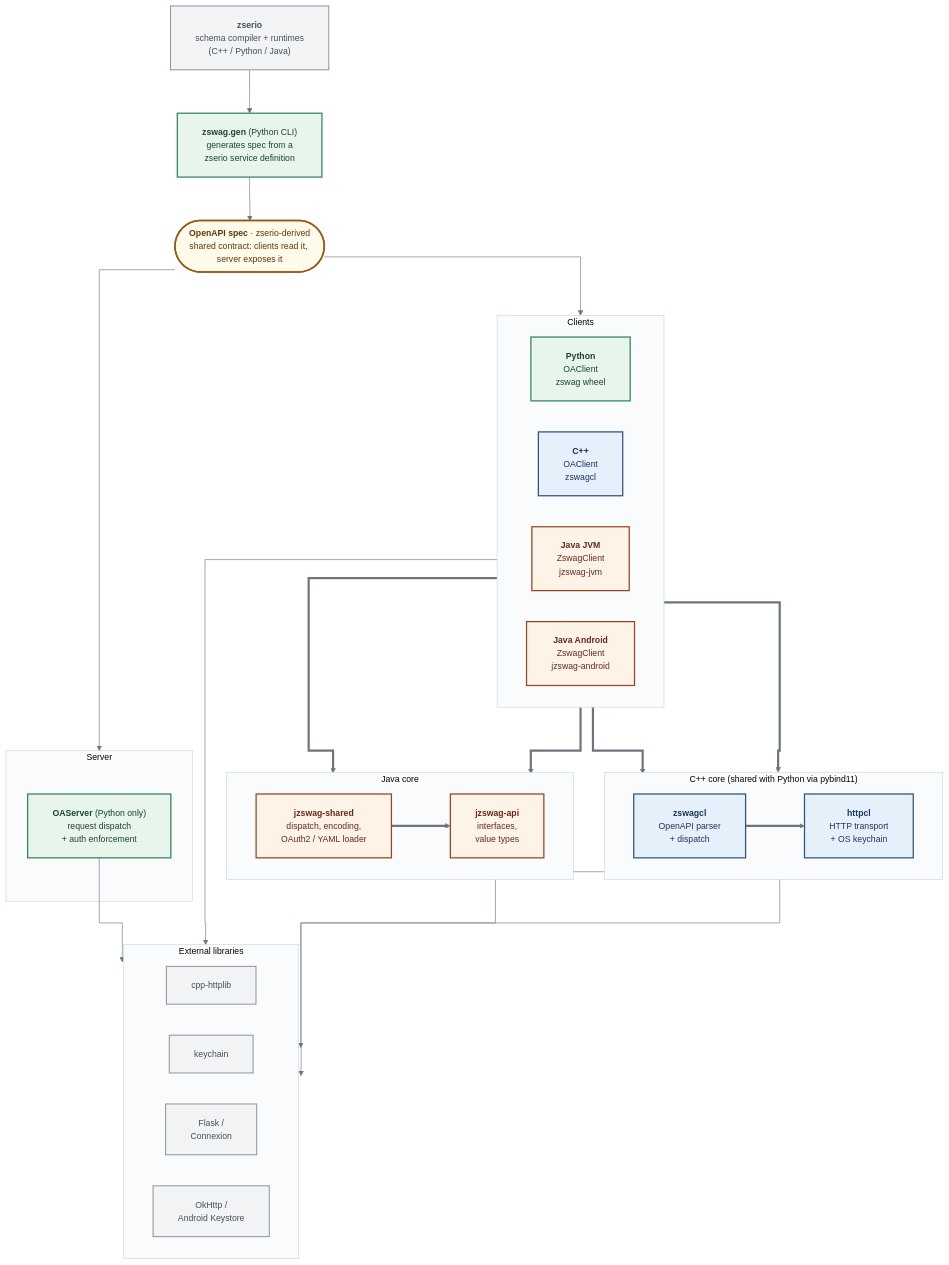
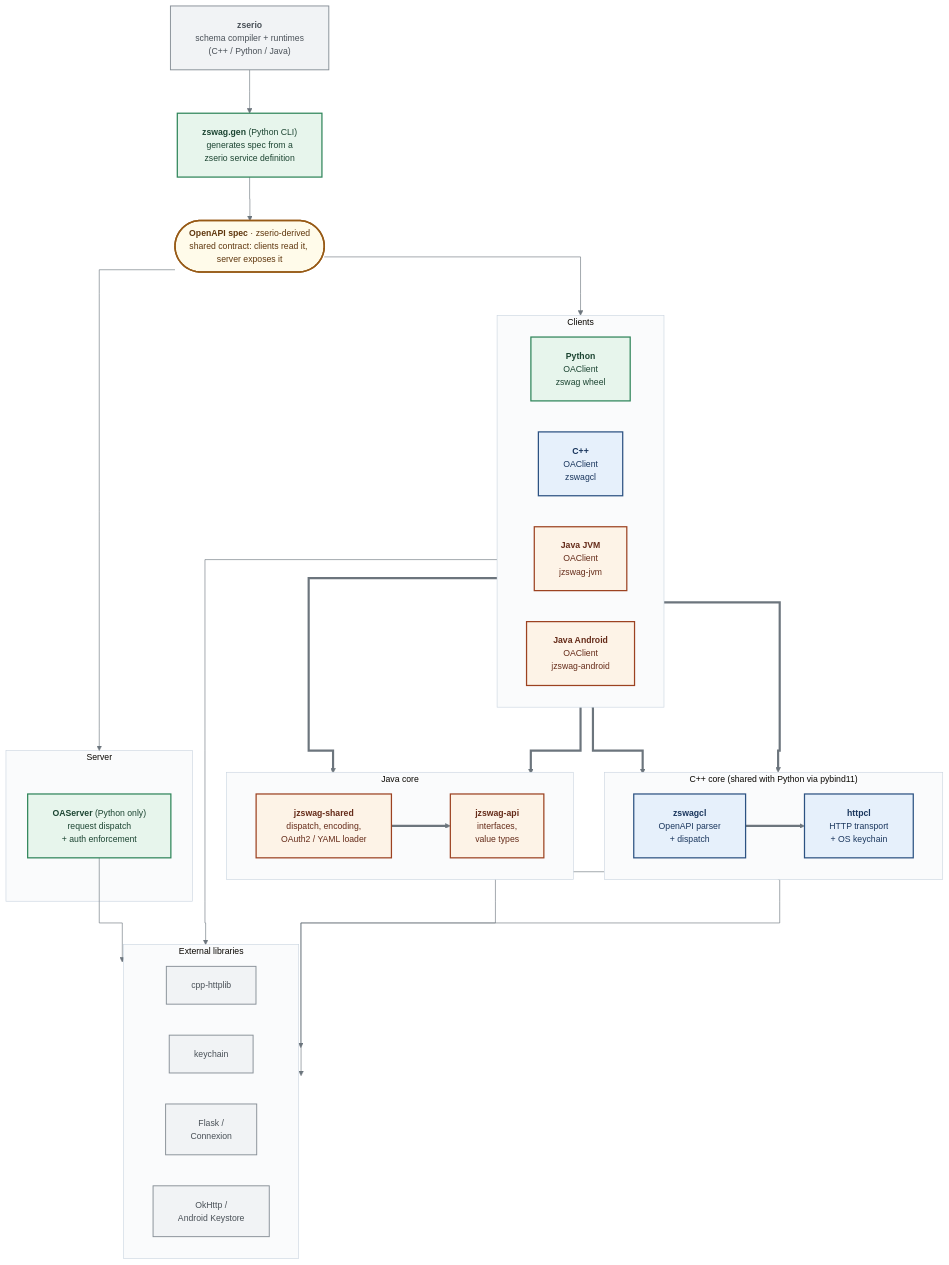
One commit to ndsev/zswag changed the diagram in README.md. Above: the diagram before and after it, drawn with Mermaid. The commit also changed other lines of this file and 10 other files, not shown here.

First line of the commit message:
refactor: rename Java ZswagClient to OAClient for parity with C++/Python

````diff
--- a/README.md
+++ b/README.md
@@ -14,73 +14,73 @@
 ```mermaid
 %%{init: {
   'theme':'base',
   'flowchart': {'curve': 'stepAfter', 'nodeSpacing': 50, 'rankSpacing': 70, 'padding': 20},
   'themeVariables': {
     'fontFamily': 'system-ui, -apple-system, sans-serif',
     'fontSize': '14px',
     'lineColor': '#6c757d',
     'clusterBkg': '#fafbfc',
     'clusterBorder': '#cbd5e0'
   }
 }}%%
 flowchart TB
     gen["<b>zswag.gen</b> (Python CLI)<br/>generates spec from a<br/>zserio service definition"]:::py
     spec(["<b>OpenAPI spec</b> &middot; zserio-derived<br/>shared contract: clients read it, server exposes it"]):::spec
     zserio["<b>zserio</b><br/>schema compiler + runtimes<br/>(C++ / Python / Java)"]:::ext
 
     subgraph clients[" &nbsp;Clients&nbsp; "]
       direction LR
       py["<b>Python</b><br/>OAClient<br/>zswag wheel"]:::py
       cpp["<b>C++</b><br/>OAClient<br/>zswagcl"]:::cpp
-      jvm["<b>Java JVM</b><br/>ZswagClient<br/>jzswag-jvm"]:::java
-      andr["<b>Java Android</b><br/>ZswagClient<br/>jzswag-android"]:::java
+      jvm["<b>Java JVM</b><br/>OAClient<br/>jzswag-jvm"]:::java
+      andr["<b>Java Android</b><br/>OAClient<br/>jzswag-android"]:::java
     end
 
     subgraph server[" &nbsp;Server&nbsp; "]
       oaserver["<b>OAServer</b> (Python only)<br/>request dispatch<br/>+ auth enforcement"]:::py
     end
 
     subgraph cppcore[" &nbsp;C++ core (shared with Python via pybind11)&nbsp; "]
       direction LR
       zswagcl["<b>zswagcl</b><br/>OpenAPI parser<br/>+ dispatch"]:::cpp
       httpcl["<b>httpcl</b><br/>HTTP transport<br/>+ OS keychain"]:::cpp
     end
 
     subgraph javacore[" &nbsp;Java core&nbsp; "]
       direction LR
       jshared["<b>jzswag-shared</b><br/>dispatch, encoding,<br/>OAuth2 / YAML loader"]:::java
       japi["<b>jzswag-api</b><br/>interfaces,<br/>value types"]:::java
     end
 
     subgraph extlibs[" &nbsp;External libraries&nbsp; "]
       direction LR
       cpphttplib["cpp-httplib"]:::ext
       keychain["keychain"]:::ext
       flask["Flask /<br/>Connexion"]:::ext
       okhttp["OkHttp /<br/>Android Keystore"]:::ext
     end
 
     zserio --> gen
     gen --> spec
     spec --> clients
     spec --> server
 
     py ==> zswagcl
     cpp ==> zswagcl
     zswagcl ==> httpcl
     httpcl --> cpphttplib
     httpcl --> keychain
 
     jvm ==> jshared
     andr ==> jshared
     jshared ==> japi
     andr --> okhttp
 
     oaserver --> flask
 
     classDef py    fill:#e7f5ec,stroke:#2f855a,stroke-width:2px,color:#1c4532
     classDef cpp   fill:#e6f0fb,stroke:#2c5282,stroke-width:2px,color:#1a365d
     classDef java  fill:#fdf3e7,stroke:#9c4221,stroke-width:2px,color:#652b19
     classDef spec  fill:#fffbea,stroke:#975a16,stroke-width:2.5px,color:#5f370e
     classDef ext   fill:#f1f3f5,stroke:#868e96,stroke-width:1.5px,color:#495057
 ```
````
